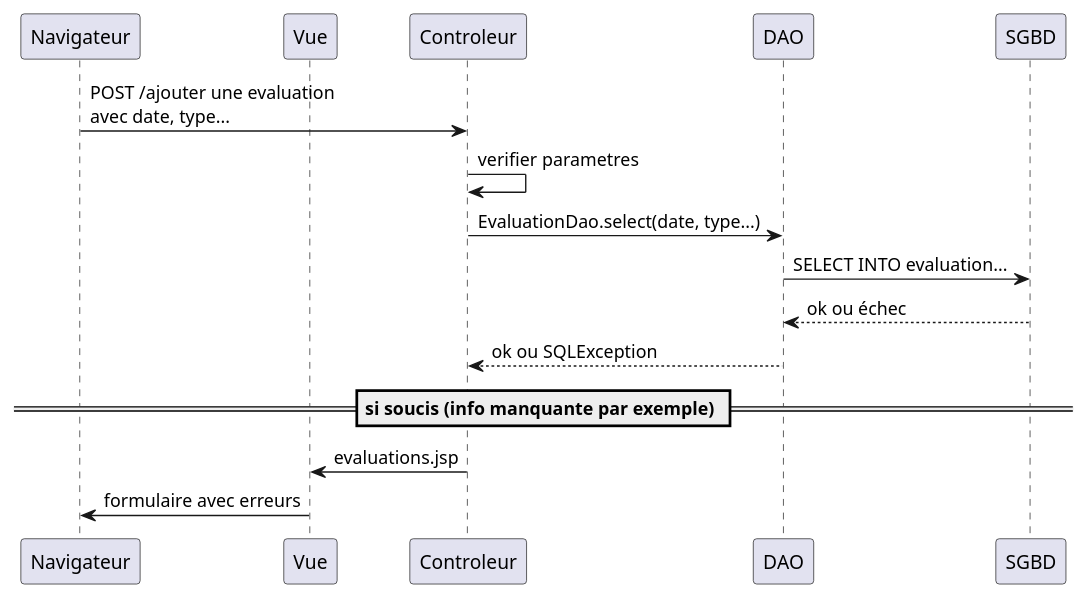
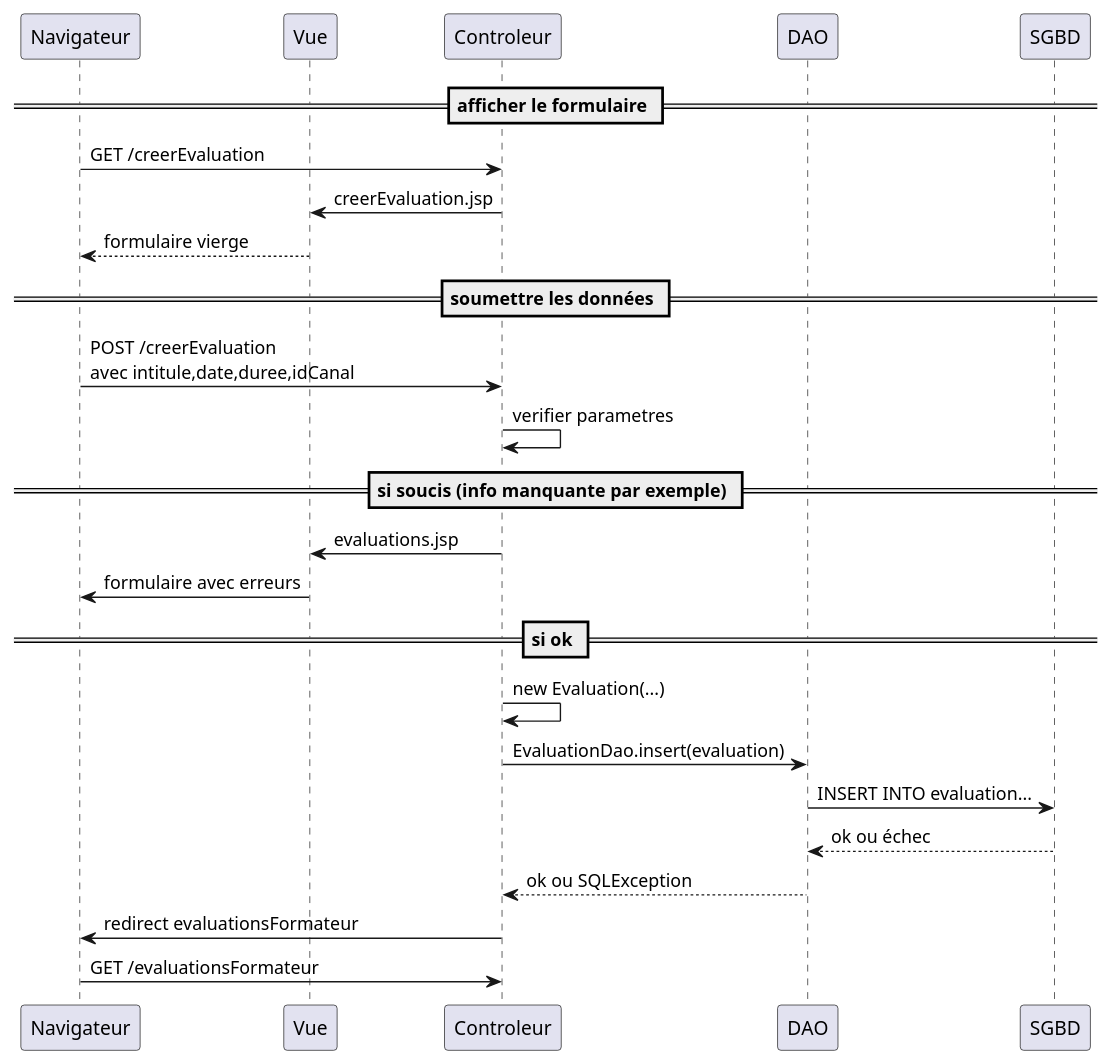
The diagram in src/main/uml/planifie_eval.puml (michel-plasse/SIOMassy2022), drawn with PlantUML before and after one commit.

Commit message:
Revoie planifie_eval.puml

```diff
--- a/src/main/uml/planifie_eval.puml
+++ b/src/main/uml/planifie_eval.puml
@@ -1,13 +1,23 @@
 @startuml
 participant Navigateur
 participant Vue
-Navigateur -> Controleur: POST /ajouter une evaluation\navec date, type...
+== afficher le formulaire ==
+Navigateur -> Controleur: GET /creerEvaluation
+Controleur -> Vue: creerEvaluation.jsp
+Vue --> Navigateur: formulaire vierge
+
+== soumettre les données ==
+Navigateur -> Controleur: POST /creerEvaluation\navec intitule,date,duree,idCanal
 Controleur -> Controleur: verifier parametres
-Controleur -> DAO: EvaluationDao.select(date, type...)
-DAO -> SGBD: SELECT INTO evaluation...
-SGBD --> DAO: ok ou échec
-DAO --> Controleur: ok ou SQLException
 == si soucis (info manquante par exemple) ==
 Controleur -> Vue: evaluations.jsp
 Vue -> Navigateur: formulaire avec erreurs
+== si ok ==
+Controleur -> Controleur: new Evaluation(...)
+Controleur -> DAO: EvaluationDao.insert(evaluation)
+DAO -> SGBD: INSERT INTO evaluation...
+SGBD --> DAO: ok ou échec
+DAO --> Controleur: ok ou SQLException
+Controleur -> Navigateur: redirect evaluationsFormateur
+Navigateur -> Controleur: GET /evaluationsFormateur
 @enduml
```
